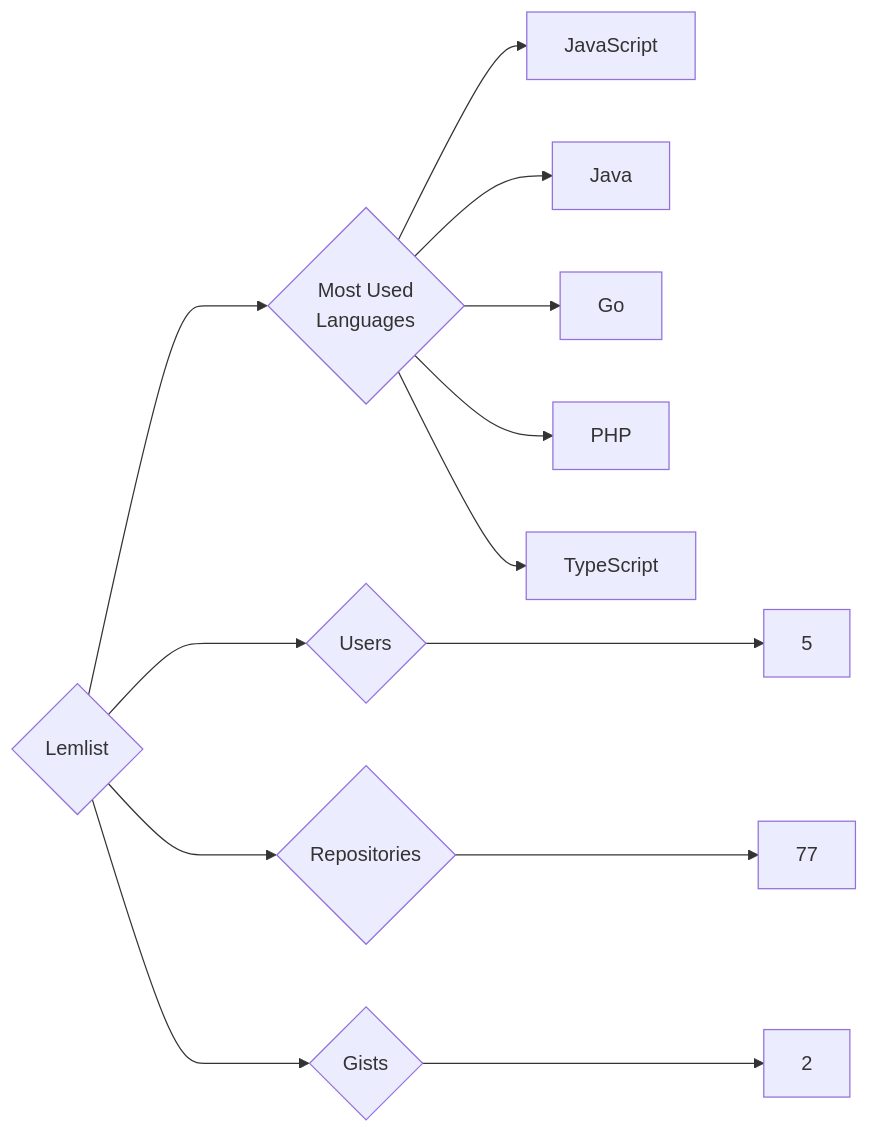
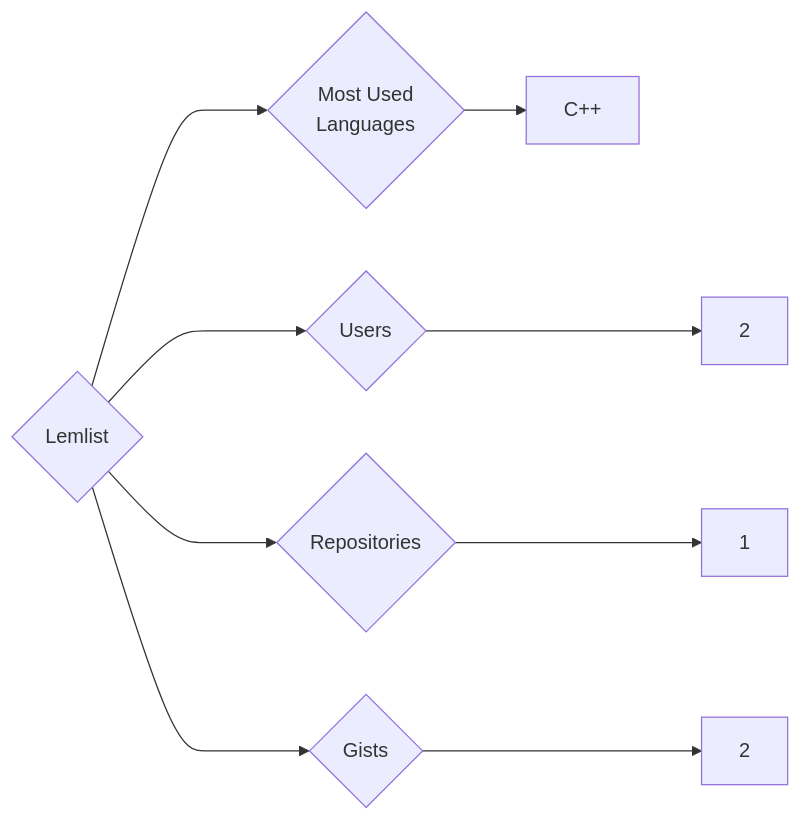
Before and after one commit to trickest/insiders: the diagram in targets/Lemlist/README.md, drawn with Mermaid. The commit also changed 1389 other files, not shown here.

````diff
--- a/targets/Lemlist/README.md
+++ b/targets/Lemlist/README.md
@@ -3,13 +3,9 @@
 ```mermaid
 graph LR
 COMPANY_NAME{Lemlist}
-COMPANY_NAME ---> U{Users} ---> UN[5]
-COMPANY_NAME ---> R{Repositories} ---> RN[77]
+COMPANY_NAME ---> U{Users} ---> UN[2]
+COMPANY_NAME ---> R{Repositories} ---> RN[1]
 COMPANY_NAME ---> G{Gists} ---> GN[2]
 COMPANY_NAME ---> ML{Most Used<br>Languages}
-ML --> JavaScript[JavaScript]
-ML --> Java[Java]
-ML --> Go[Go]
-ML --> PHP[PHP]
-ML --> TypeScript[TypeScript]
+ML --> C++[C++]
 ```
````
